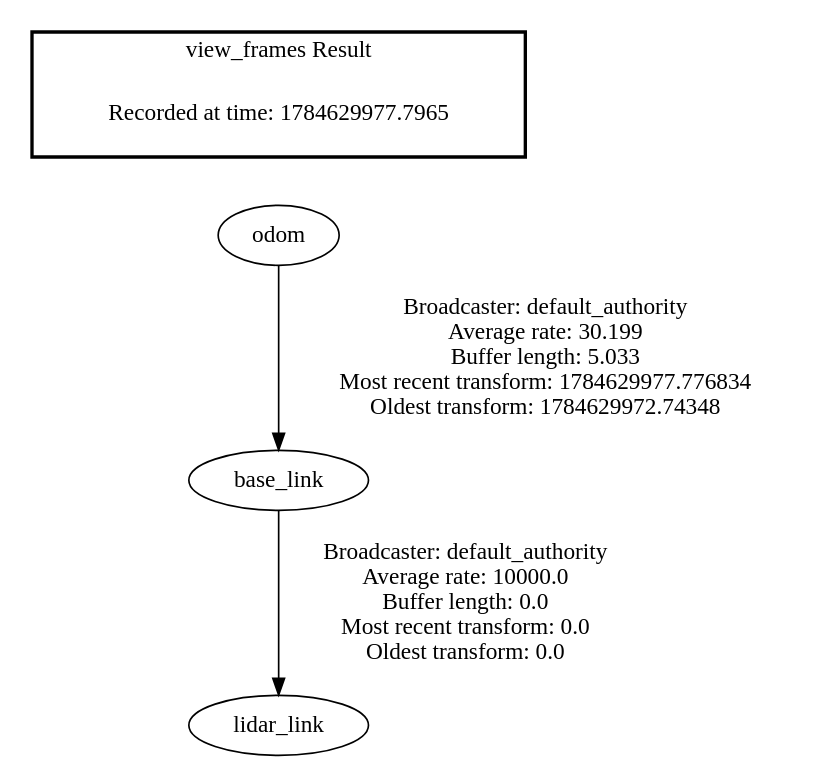
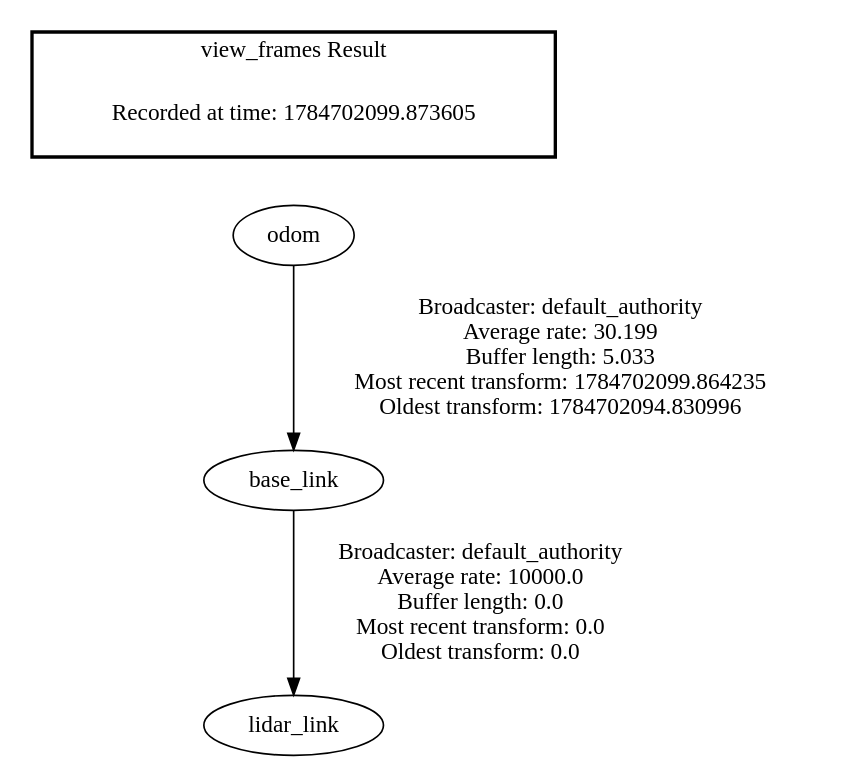
Before and after one commit to KamalaIssack/mecanum_actions_ws: the diagram in docs/tf2/tf-tree.gv, drawn with Graphviz. The commit also changed 3 other files, not shown here.

```diff
--- a/docs/tf2/tf-tree.gv
+++ b/docs/tf2/tf-tree.gv
@@ -1,8 +1,8 @@
 digraph G {
 "base_link" -> "lidar_link"[label=" Broadcaster: default_authority\nAverage rate: 10000.0\nBuffer length: 0.0\nMost recent transform: 0.0\nOldest transform: 0.0\n"];
-"odom" -> "base_link"[label=" Broadcaster: default_authority\nAverage rate: 30.199\nBuffer length: 5.033\nMost recent transform: 1784629977.776834\nOldest transform: 1784629972.74348\n"];
+"odom" -> "base_link"[label=" Broadcaster: default_authority\nAverage rate: 30.199\nBuffer length: 5.033\nMost recent transform: 1784702099.864235\nOldest transform: 1784702094.830996\n"];
 edge [style=invis];
  subgraph cluster_legend { style=bold; color=black; label ="view_frames Result";
-"Recorded at time: 1784629977.7965"[ shape=plaintext ] ;
+"Recorded at time: 1784702099.873605"[ shape=plaintext ] ;
 }->"odom";
 }
```
